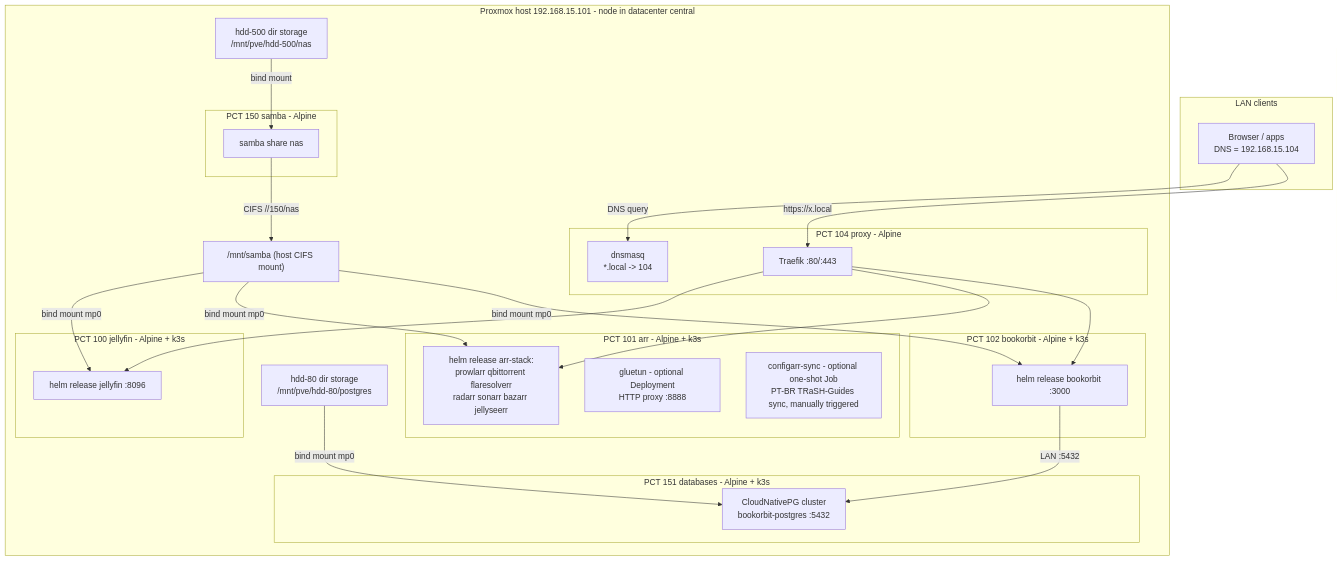
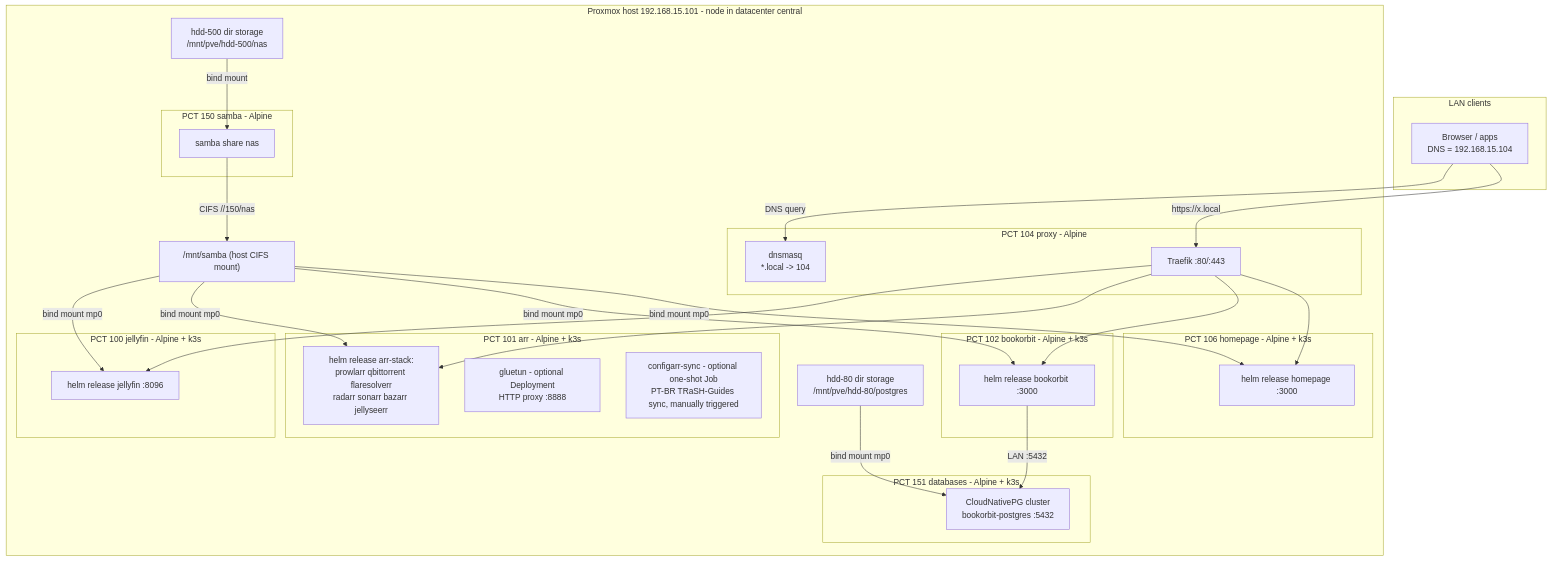
One commit to YtaloWill/homelab-infra changed the diagram in .kiro/specs/homelab-foundation/design.md. Above: the diagram before and after it, drawn with Mermaid. The commit also changed other lines of this file and 3 other files, not shown here.

````diff
--- a/.kiro/specs/homelab-foundation/design.md
+++ b/.kiro/specs/homelab-foundation/design.md
@@ -13,44 +17,49 @@
 ```mermaid
 flowchart TB
     subgraph LAN clients
         C[Browser / apps<br/>DNS = 192.168.15.104]
     end
     subgraph PVE[Proxmox host 192.168.15.101 - node in datacenter central]
         subgraph P104[PCT 104 proxy - Alpine]
             DNS[dnsmasq<br/>*.local -> 104]
             TR[Traefik :80/:443]
         end
         subgraph P100[PCT 100 jellyfin - Alpine + k3s]
             JF[helm release jellyfin :8096]
         end
         subgraph P101[PCT 101 arr - Alpine + k3s]
             AR[helm release arr-stack:<br/>prowlarr qbittorrent flaresolverr<br/>radarr sonarr bazarr jellyseerr]
             GL[gluetun - optional Deployment<br/>HTTP proxy :8888]
             CF[configarr-sync - optional one-shot Job<br/>PT-BR TRaSH-Guides sync, manually triggered]
         end
         subgraph P150[PCT 150 samba - Alpine]
             SMB[samba share nas]
         end
         subgraph P102[PCT 102 bookorbit - Alpine + k3s]
             BO[helm release bookorbit :3000]
         end
         subgraph P151[PCT 151 databases - Alpine + k3s]
             PG[CloudNativePG cluster<br/>bookorbit-postgres :5432]
         end
+        subgraph P106[PCT 106 homepage - Alpine + k3s]
+            HP[helm release homepage :3000]
+        end
         HM["/mnt/samba (host CIFS mount)"]
         HDD["hdd-500 dir storage<br/>/mnt/pve/hdd-500/nas"]
         HDD80["hdd-80 dir storage<br/>/mnt/pve/hdd-80/postgres"]
     end
     C -->|DNS query| DNS
     C -->|https://x.local| TR
     TR --> JF
     TR --> AR
     TR --> BO
+    TR --> HP
     HDD -->|bind mount| SMB
     SMB -->|CIFS //150/nas| HM
     HM -->|bind mount mp0| JF
     HM -->|bind mount mp0| AR
     HM -->|bind mount mp0| BO
+    HM -->|bind mount mp0| HP
     HDD80 -->|bind mount mp0| PG
     BO -->|LAN :5432| PG
 ```
````
